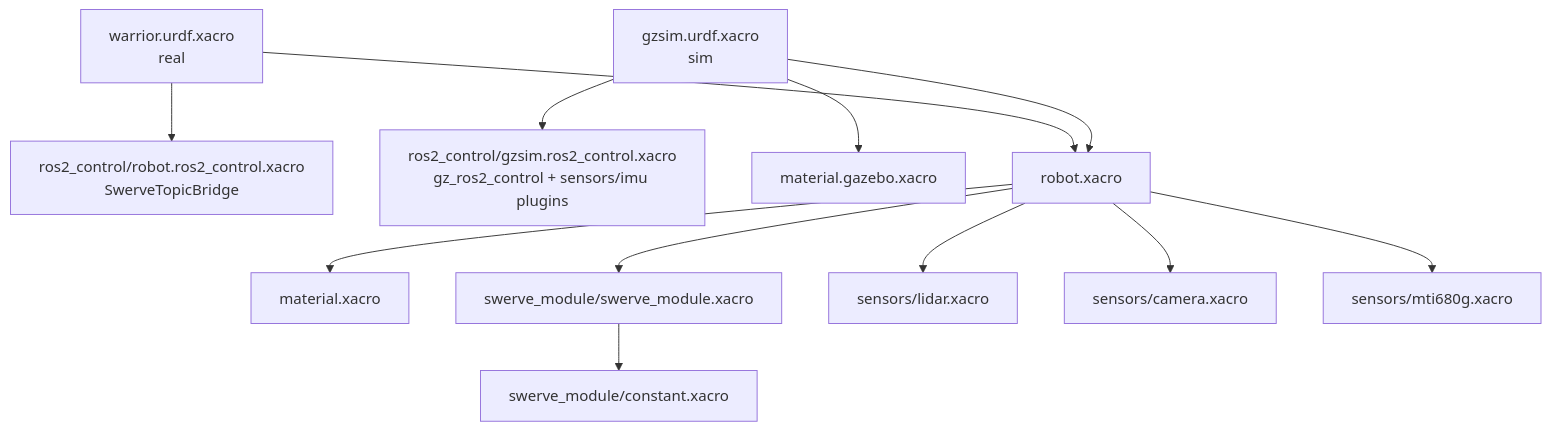
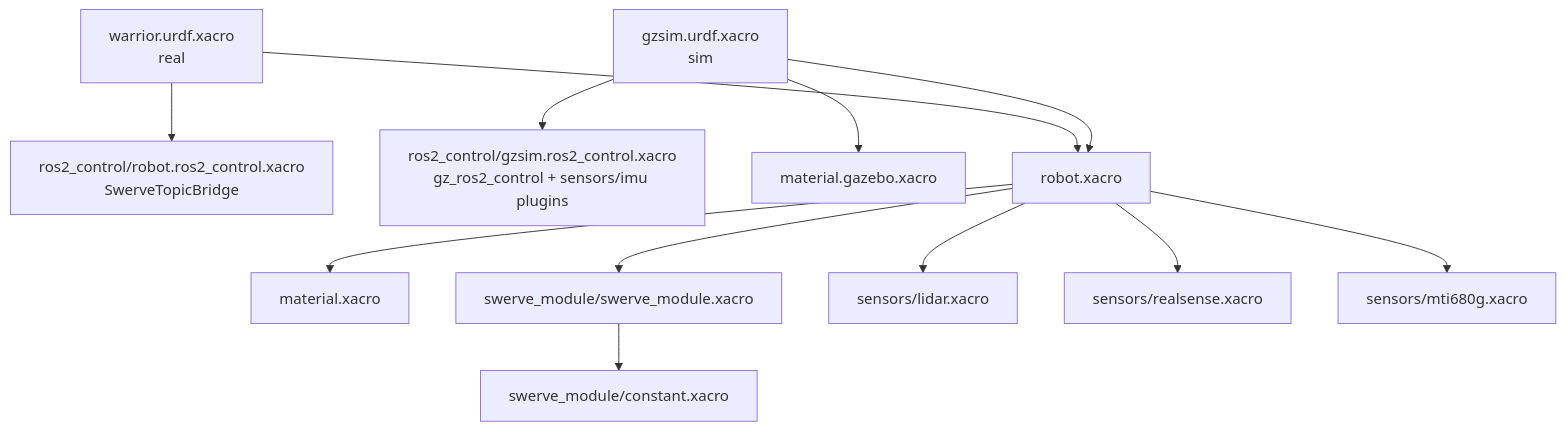
One commit to waynerobotics/Warrior_2026 changed the diagram in warrior_description/README.md. Above: the diagram before and after it, drawn with Mermaid. The commit also changed other lines of this file and 63 other files, not shown here.

````diff
--- a/warrior_description/README.md
+++ b/warrior_description/README.md
@@ -27,14 +27,14 @@
 ```mermaid
 graph TD
     W[warrior.urdf.xacro<br/>real] --> RC[ros2_control/robot.ros2_control.xacro<br/>SwerveTopicBridge]
     G[gzsim.urdf.xacro<br/>sim] --> GC[ros2_control/gzsim.ros2_control.xacro<br/>gz_ros2_control + sensors/imu plugins]
     G --> MG[material.gazebo.xacro]
     W --> R[robot.xacro]
     G --> R
     R --> MAT[material.xacro]
     R --> SM[swerve_module/swerve_module.xacro]
     SM --> CON[swerve_module/constant.xacro]
     R --> LID[sensors/lidar.xacro]
-    R --> CAM[sensors/camera.xacro]
+    R --> CAM[sensors/realsense.xacro]
     R --> MTI[sensors/mti680g.xacro]
 ```
````
